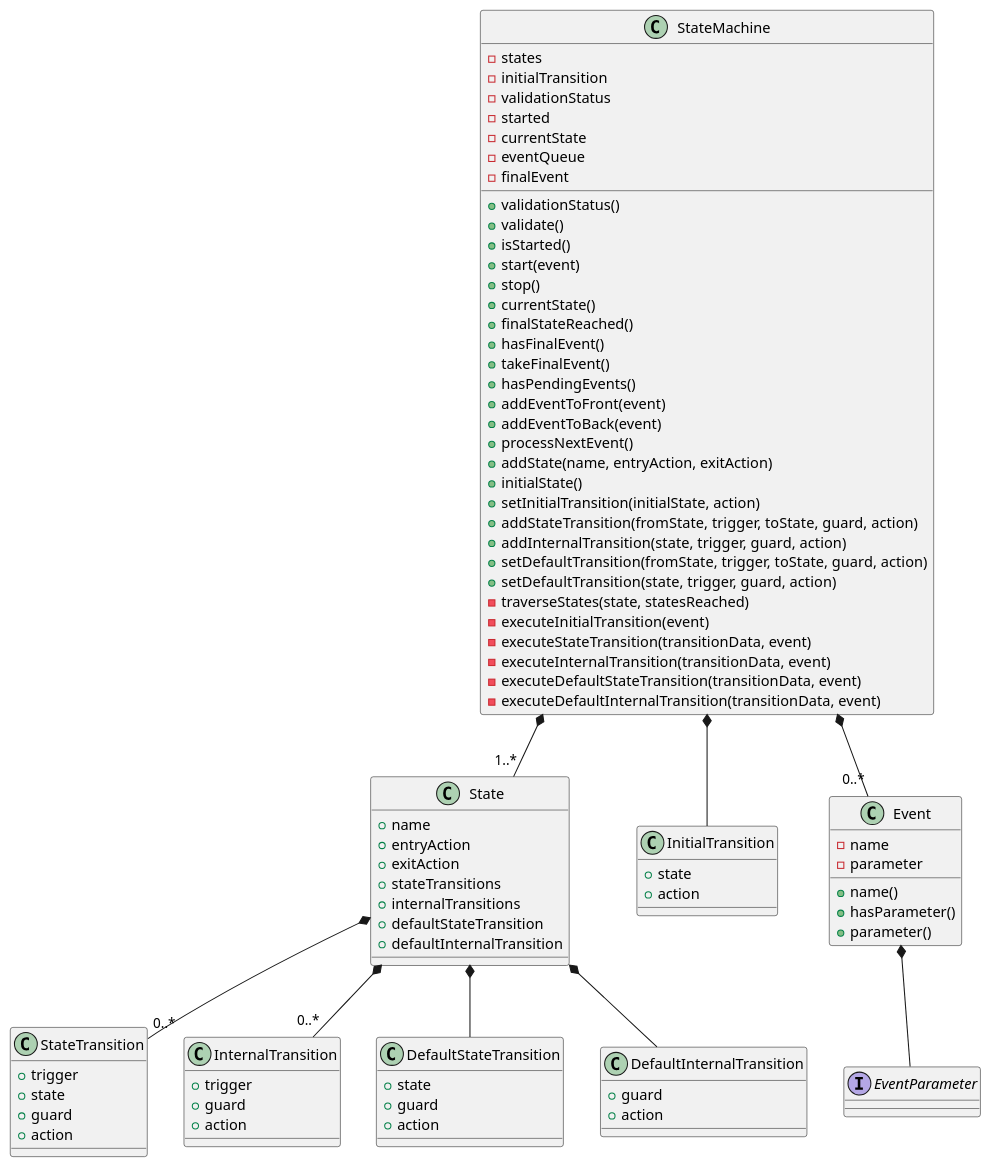
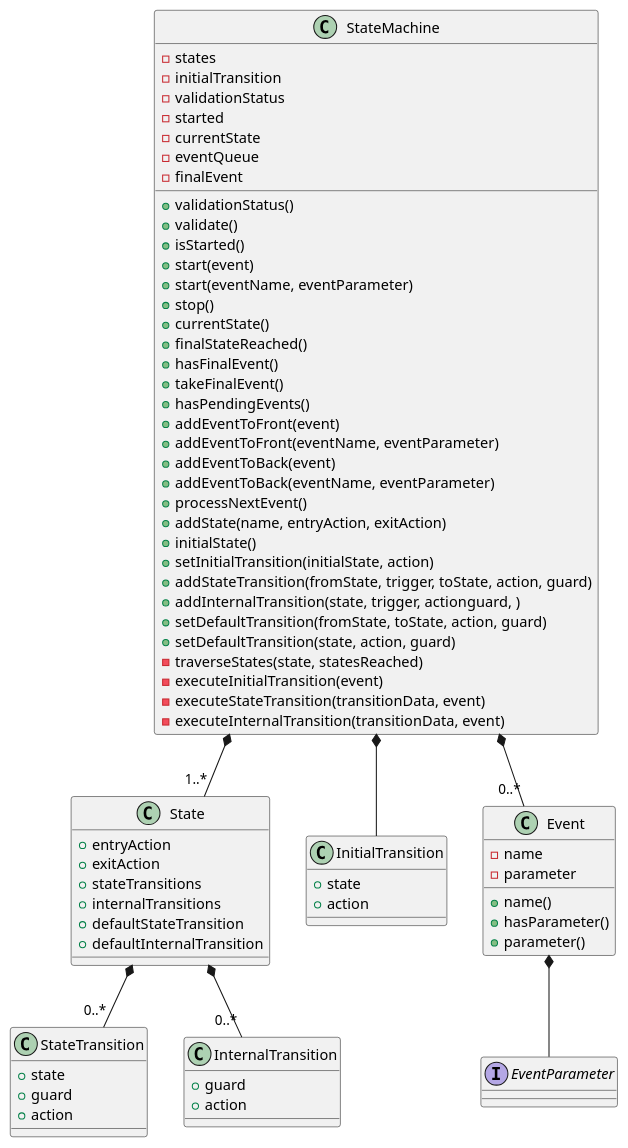
One commit to djurodrljaca/CppStateMachineFramework changed the diagram in docs/Diagrams/ClassDiagrams.plantuml. Above: the diagram before and after it, drawn with PlantUML. The commit also changed 7 other files, not shown here.

```diff
--- a/docs/Diagrams/ClassDiagrams.plantuml
+++ b/docs/Diagrams/ClassDiagrams.plantuml
@@ -1,100 +1,85 @@
 @startuml StateMachine
 StateMachine *-- "1..*" State
 StateMachine *-- InitialTransition
 StateMachine *-- "0..*" Event
 
 State *-- "0..*" StateTransition
 State *-- "0..*" InternalTransition
-State *-- DefaultStateTransition
-State *-- DefaultInternalTransition
 
 Event *-- EventParameter
 
 class StateMachine {
     -states
     -initialTransition
     -validationStatus
     -started
     -currentState
     -eventQueue
     -finalEvent
 
     +validationStatus()
     +validate()
     +isStarted()
     +start(event)
+    +start(eventName, eventParameter)
     +stop()
     +currentState()
     +finalStateReached()
     +hasFinalEvent()
     +takeFinalEvent()
     +hasPendingEvents()
     +addEventToFront(event)
+    +addEventToFront(eventName, eventParameter)
     +addEventToBack(event)
+    +addEventToBack(eventName, eventParameter)
     +processNextEvent()
     +addState(name, entryAction, exitAction)
     +initialState()
     +setInitialTransition(initialState, action)
-    +addStateTransition(fromState, trigger, toState, guard, action)
-    +addInternalTransition(state, trigger, guard, action)
-    +setDefaultTransition(fromState, trigger, toState, guard, action)
-    +setDefaultTransition(state, trigger, guard, action)
+    +addStateTransition(fromState, trigger, toState, action, guard)
+    +addInternalTransition(state, trigger, actionguard, )
+    +setDefaultTransition(fromState, toState, action, guard)
+    +setDefaultTransition(state, action, guard)
     -traverseStates(state, statesReached)
     -executeInitialTransition(event)
     -executeStateTransition(transitionData, event)
     -executeInternalTransition(transitionData, event)
-    -executeDefaultStateTransition(transitionData, event)
-    -executeDefaultInternalTransition(transitionData, event)
 }
 
 class State {
-    +name
     +entryAction
     +exitAction
     +stateTransitions
     +internalTransitions
     +defaultStateTransition
     +defaultInternalTransition
 }
 
 class InitialTransition {
     +state
     +action
 }
 
 class StateTransition {
-    +trigger
     +state
     +guard
     +action
 }
 
 class InternalTransition {
-    +trigger
-    +guard
-    +action
-}
-
-class DefaultStateTransition {
-    +state
-    +guard
-    +action
-}
-
-class DefaultInternalTransition {
     +guard
     +action
 }
 
 class Event {
     -name
     -parameter
 
     +name()
     +hasParameter()
     +parameter()
 }
 
 interface EventParameter {
 }
 @enduml
```
